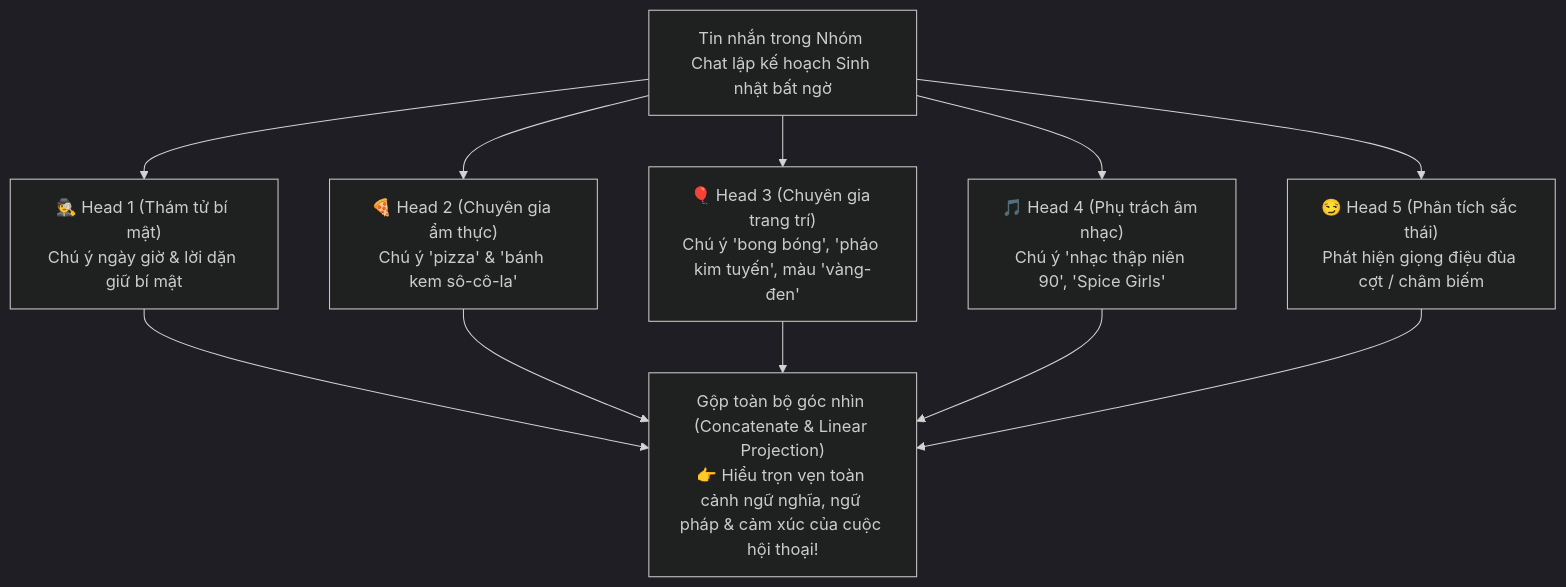
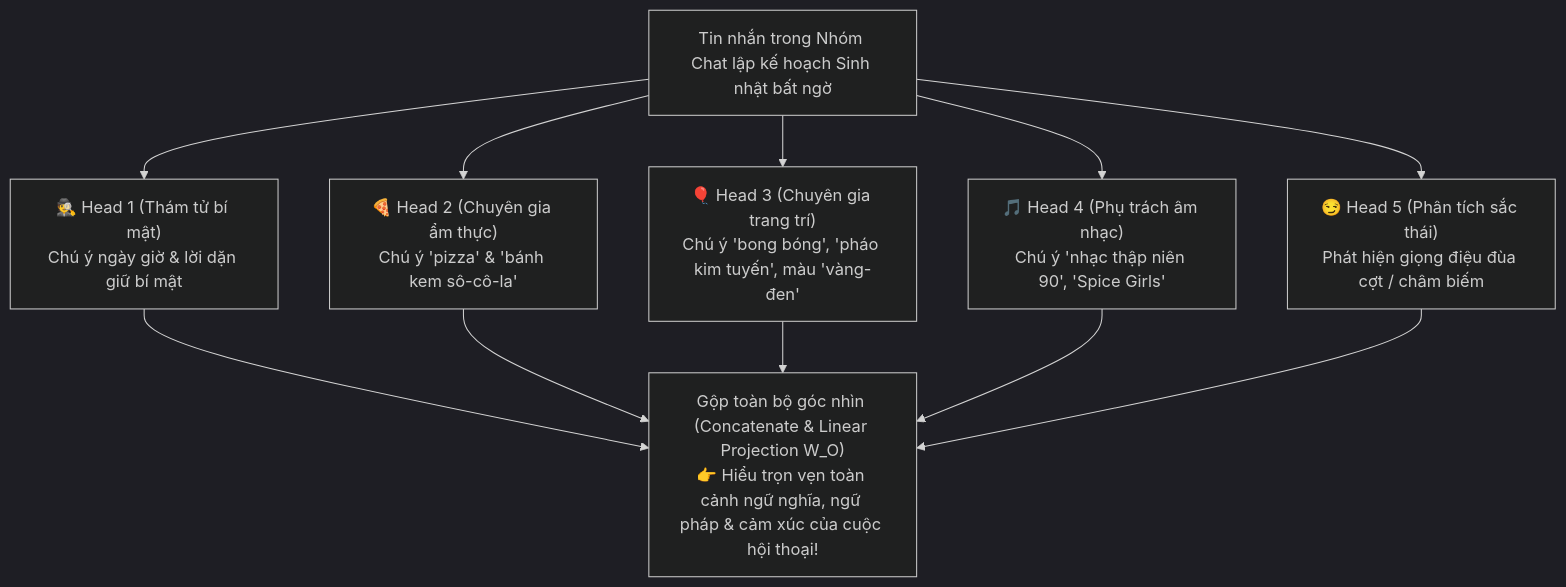
The fourth of 5 diagrams in Module_04_Transformer_Architecture.md (nxthanh2904/nca-genl), drawn with Mermaid (dark theme) before and after one commit. The commit also changed other lines of this file and 11 other files, not shown here.

````diff
--- a/Module_04_Transformer_Architecture.md
+++ b/Module_04_Transformer_Architecture.md
@@ -105,14 +155,14 @@
 ```mermaid
 flowchart TD
     Input["Tin nhắn trong Nhóm Chat lập kế hoạch Sinh nhật bất ngờ"]
     
     H1["🕵️ Head 1 (Thám tử bí mật)<br/>Chú ý ngày giờ & lời dặn giữ bí mật"]
     H2["🍕 Head 2 (Chuyên gia ẩm thực)<br/>Chú ý 'pizza' & 'bánh kem sô-cô-la'"]
     H3["🎈 Head 3 (Chuyên gia trang trí)<br/>Chú ý 'bong bóng', 'pháo kim tuyến', màu 'vàng-đen'"]
     H4["🎵 Head 4 (Phụ trách âm nhạc)<br/>Chú ý 'nhạc thập niên 90', 'Spice Girls'"]
     H5["😏 Head 5 (Phân tích sắc thái)<br/>Phát hiện giọng điệu đùa cợt / châm biếm"]
     
-    Concat["Gộp toàn bộ góc nhìn (Concatenate & Linear Projection)<br/>👉 Hiểu trọn vẹn toàn cảnh ngữ nghĩa, ngữ pháp & cảm xúc của cuộc hội thoại!"]
+    Concat["Gộp toàn bộ góc nhìn (Concatenate & Linear Projection W_O)<br/>👉 Hiểu trọn vẹn toàn cảnh ngữ nghĩa, ngữ pháp & cảm xúc của cuộc hội thoại!"]
 
     Input --> H1 & H2 & H3 & H4 & H5 --> Concat
 ```
````
